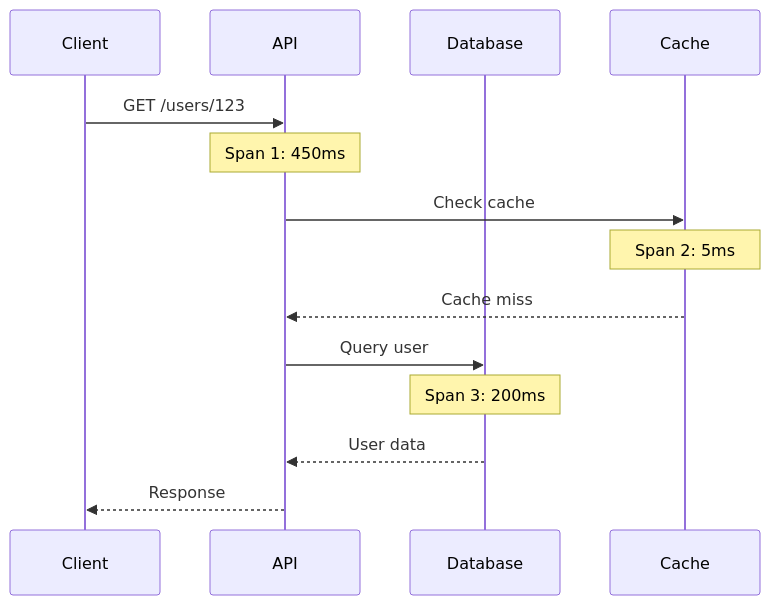
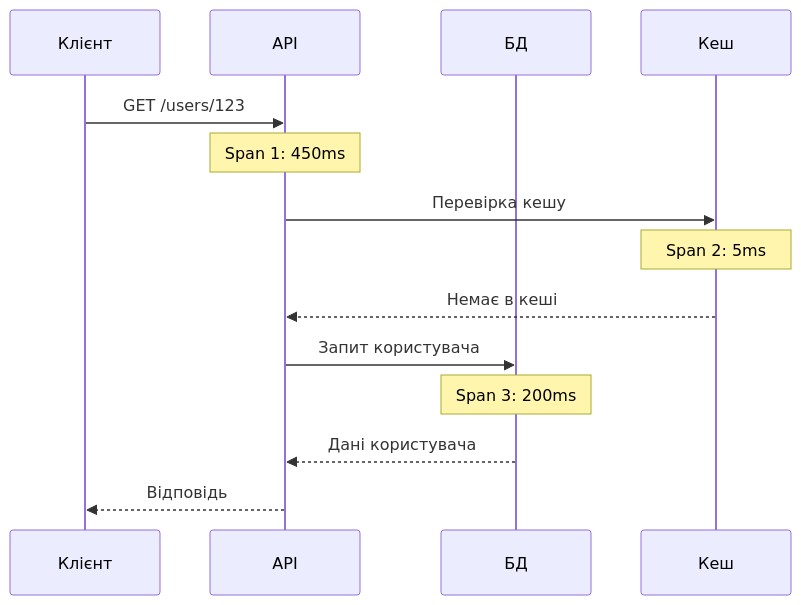
One commit to olroi421/course-opi-v2 changed the fifth of 6 diagrams in presentations/presentation-16.md. Above: the diagram before and after it, drawn with Mermaid. The commit also changed other lines of this file and 9 other files, not shown here.

````diff
--- a/presentations/presentation-16.md
+++ b/presentations/presentation-16.md
@@ -682,17 +822,17 @@
 ```mermaid
 sequenceDiagram
-    participant Client
+    participant Client as Клієнт
     participant API
-    participant Database
-    participant Cache
+    participant Database as БД
+    participant Cache as Кеш
 
     Client->>API: GET /users/123
     Note over API: Span 1: 450ms
-    API->>Cache: Check cache
+    API->>Cache: Перевірка кешу
     Note over Cache: Span 2: 5ms
-    Cache-->>API: Cache miss
-    API->>Database: Query user
+    Cache-->>API: Немає в кеші
+    API->>Database: Запит користувача
     Note over Database: Span 3: 200ms
-    Database-->>API: User data
-    API-->>Client: Response
+    Database-->>API: Дані користувача
+    API-->>Client: Відповідь
 ```
````
